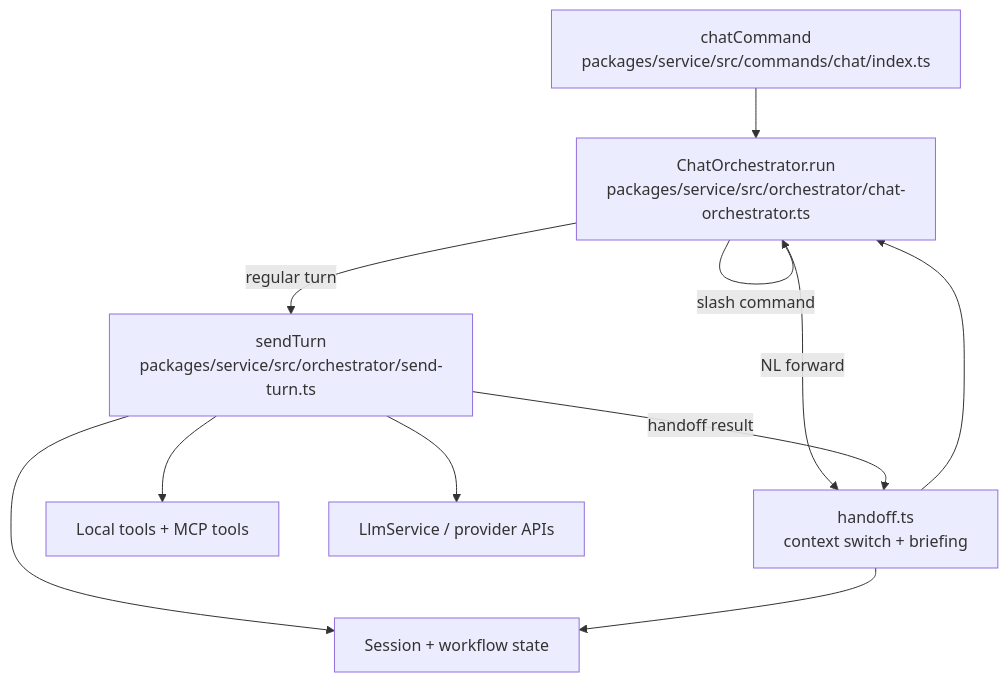
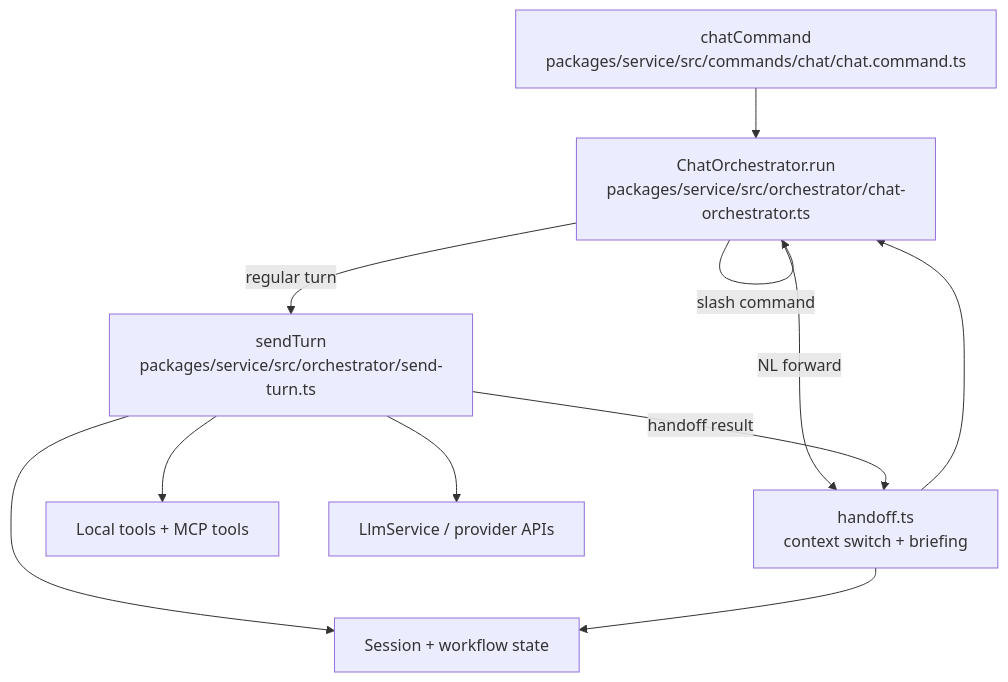
One commit to cmeierost/ai-team changed the third of 9 diagrams in docs/architecture/diagrams.md. Above: the diagram before and after it, drawn with Mermaid. The commit also changed 230 other files, not shown here.

````diff
--- a/docs/architecture/diagrams.md
+++ b/docs/architecture/diagrams.md
@@ -85,21 +85,21 @@
 ```mermaid
 flowchart TD
-  CHATCMD[chatCommand\npackages/service/src/commands/chat/index.ts]
+  CHATCMD[chatCommand\npackages/service/src/commands/chat/chat.command.ts]
   ORCH[ChatOrchestrator.run\npackages/service/src/orchestrator/chat-orchestrator.ts]
   SENDTURN[sendTurn\npackages/service/src/orchestrator/send-turn.ts]
   HANDOFF[handoff.ts\ncontext switch + briefing]
   SESSION[Session + workflow state]
   TOOLS[Local tools + MCP tools]
   MODEL[LlmService / provider APIs]
 
   CHATCMD --> ORCH
   ORCH -->|slash command| ORCH
   ORCH -->|NL forward| HANDOFF
   ORCH -->|regular turn| SENDTURN
   SENDTURN --> SESSION
   SENDTURN --> TOOLS
   SENDTURN --> MODEL
   SENDTURN -->|handoff result| HANDOFF
   HANDOFF --> SESSION
   HANDOFF --> ORCH
 ```
````
